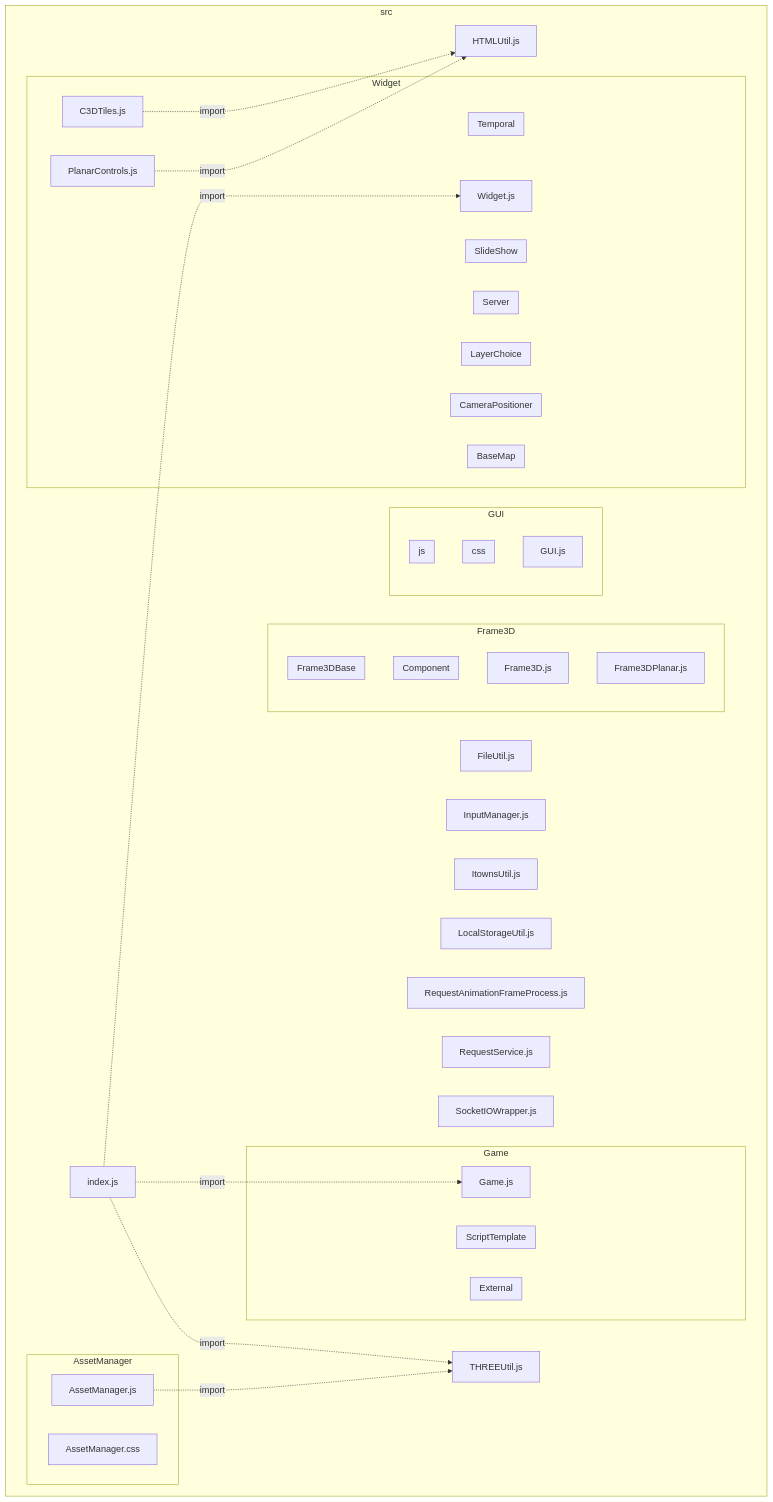
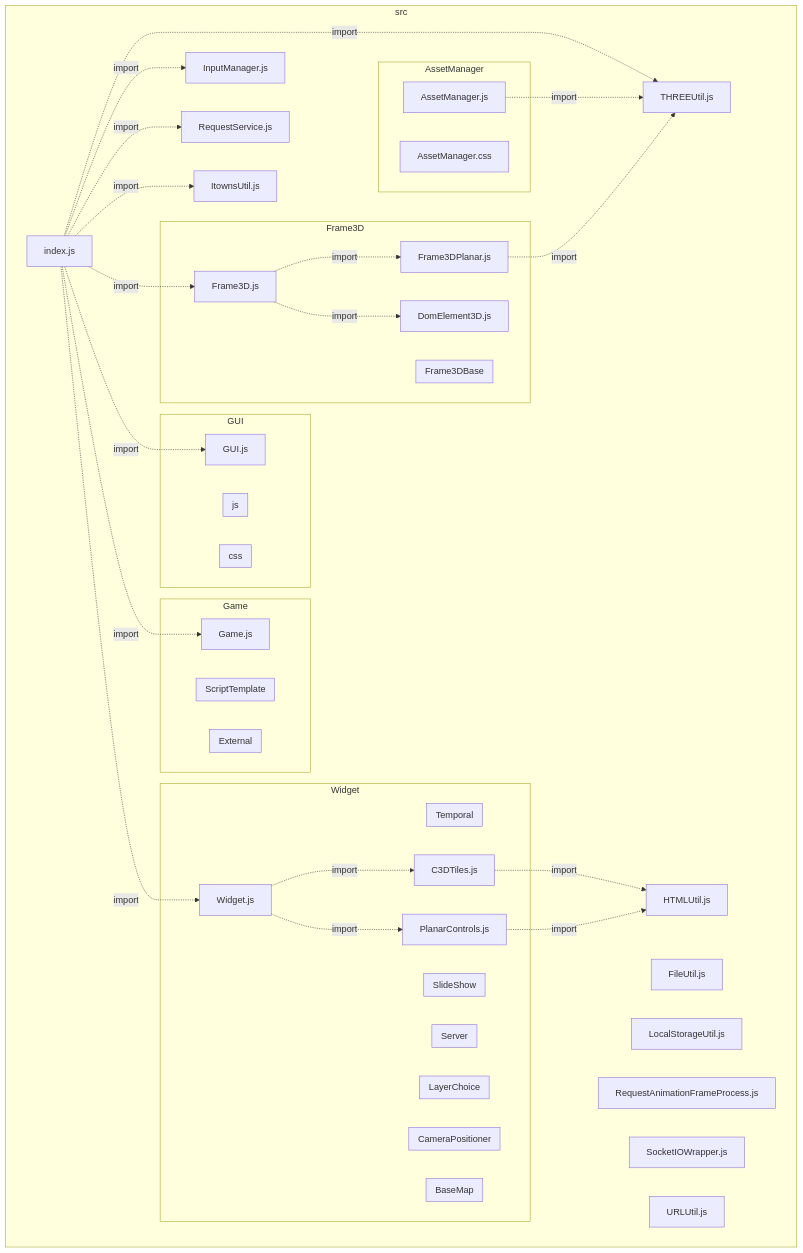
One commit to VCityTeam/UD-Viz changed the diagram in docs/static/diagram/browser/BrowserSrcD2.md. Above: the diagram before and after it, drawn with Mermaid. The commit also changed 7 other files, not shown here.

Commit message:
update:diagram

````diff
--- a/docs/static/diagram/browser/BrowserSrcD2.md
+++ b/docs/static/diagram/browser/BrowserSrcD2.md
@@ -1,64 +1,74 @@
 ```mermaid
 flowchart
  subgraph IDsrc["src"]
   IDsrcFileUtiljs["FileUtil.js"]
   IDsrcHTMLUtiljs["HTMLUtil.js"]
   IDsrcIndexjs["index.js"]
   IDsrcInputManagerjs["InputManager.js"]
   IDsrcItownsUtiljs["ItownsUtil.js"]
   IDsrcLocalStorageUtiljs["LocalStorageUtil.js"]
   IDsrcRequestAnimationFrameProcessjs["RequestAnimationFrameProcess.js"]
   IDsrcRequestServicejs["RequestService.js"]
   IDsrcSocketIOWrapperjs["SocketIOWrapper.js"]
   IDsrcTHREEUtiljs["THREEUtil.js"]
+  IDsrcURLUtiljs["URLUtil.js"]
   subgraph IDsrcAssetManager["AssetManager"]
    IDsrcAssetManagerAssetManagercss["AssetManager.css"]
    IDsrcAssetManagerAssetManagerjs["AssetManager.js"]
   end
   subgraph IDsrcFrame3D["Frame3D"]
+   IDsrcFrame3DDomElement3Djs["DomElement3D.js"]
    IDsrcFrame3DFrame3Djs["Frame3D.js"]
    IDsrcFrame3DFrame3DPlanarjs["Frame3DPlanar.js"]
-   subgraph IDsrcFrame3DComponent["Component"]
-   end
    subgraph IDsrcFrame3DFrame3DBase["Frame3DBase"]
    end
   end
   subgraph IDsrcGame["Game"]
    IDsrcGameGamejs["Game.js"]
    subgraph IDsrcGameExternal["External"]
    end
    subgraph IDsrcGameScriptTemplate["ScriptTemplate"]
    end
   end
   subgraph IDsrcGUI["GUI"]
    IDsrcGUIGUIjs["GUI.js"]
    subgraph IDsrcGUICss["css"]
    end
    subgraph IDsrcGUIJs["js"]
    end
   end
   subgraph IDsrcWidget["Widget"]
    IDsrcWidgetC3DTilesjs["C3DTiles.js"]
    IDsrcWidgetPlanarControlsjs["PlanarControls.js"]
    IDsrcWidgetWidgetjs["Widget.js"]
    subgraph IDsrcWidgetBaseMap["BaseMap"]
    end
    subgraph IDsrcWidgetCameraPositioner["CameraPositioner"]
    end
    subgraph IDsrcWidgetLayerChoice["LayerChoice"]
    end
    subgraph IDsrcWidgetServer["Server"]
    end
    subgraph IDsrcWidgetSlideShow["SlideShow"]
    end
    subgraph IDsrcWidgetTemporal["Temporal"]
    end
   end
  end
+IDsrcIndexjs-.->|import|IDsrcInputManagerjs
 IDsrcIndexjs-.->|import|IDsrcTHREEUtiljs
+IDsrcIndexjs-.->|import|IDsrcRequestServicejs
+IDsrcIndexjs-.->|import|IDsrcItownsUtiljs
+IDsrcIndexjs-.->|import|IDsrcFrame3DFrame3Djs
+IDsrcIndexjs-.->|import|IDsrcGUIGUIjs
 IDsrcIndexjs-.->|import|IDsrcGameGamejs
 IDsrcIndexjs-.->|import|IDsrcWidgetWidgetjs
 IDsrcAssetManagerAssetManagerjs-.->|import|IDsrcTHREEUtiljs
+IDsrcFrame3DFrame3Djs-.->|import|IDsrcFrame3DFrame3DPlanarjs
+IDsrcFrame3DFrame3Djs-.->|import|IDsrcFrame3DDomElement3Djs
+IDsrcFrame3DFrame3DPlanarjs-.->|import|IDsrcTHREEUtiljs
 IDsrcWidgetC3DTilesjs-.->|import|IDsrcHTMLUtiljs
 IDsrcWidgetPlanarControlsjs-.->|import|IDsrcHTMLUtiljs
+IDsrcWidgetWidgetjs-.->|import|IDsrcWidgetC3DTilesjs
+IDsrcWidgetWidgetjs-.->|import|IDsrcWidgetPlanarControlsjs
 ```
````
